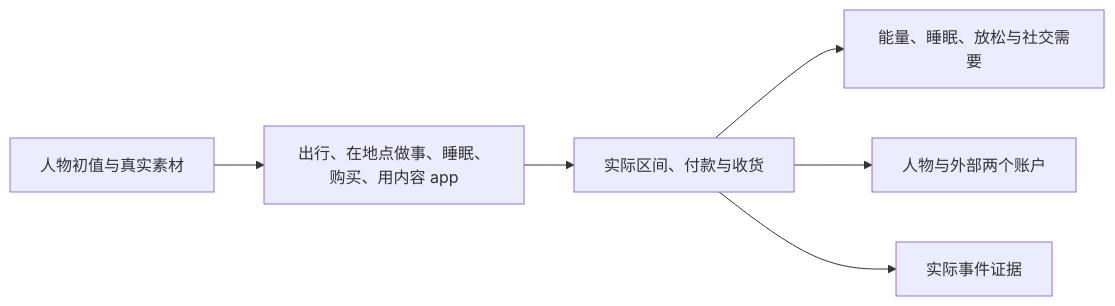
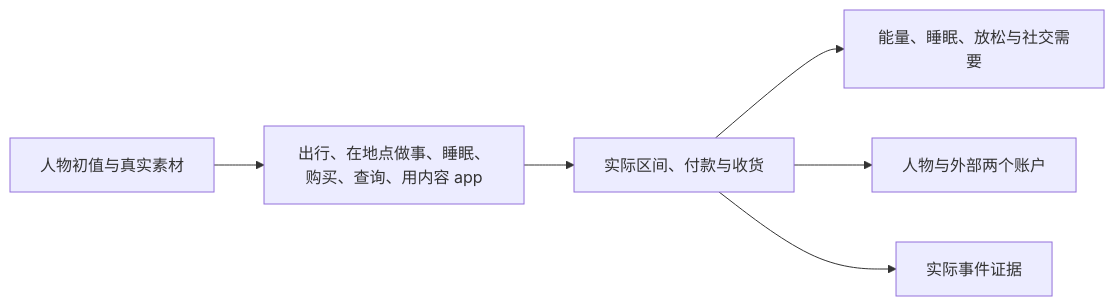
The diagram in docs/manual/rules.md (HoldThatThgt/WorldMock), drawn with Mermaid before and after one commit. The commit also changed other lines of this file and 16 other files, not shown here.

````diff
--- a/docs/manual/rules.md
+++ b/docs/manual/rules.md
@@ -6,8 +6,8 @@
 ```mermaid
 flowchart LR
-    Input[人物初值与真实素材] --> Actions[出行、在地点做事、睡眠、购买、用内容 app]
+    Input[人物初值与真实素材] --> Actions[出行、在地点做事、睡眠、购买、查询、用内容 app]
     Actions --> Settlement[实际区间、付款与收货]
     Settlement --> Body[能量、睡眠、放松与社交需要]
     Settlement --> Accounts[人物与外部两个账户]
     Settlement --> Evidence[实际事件证据]
 ```
````
